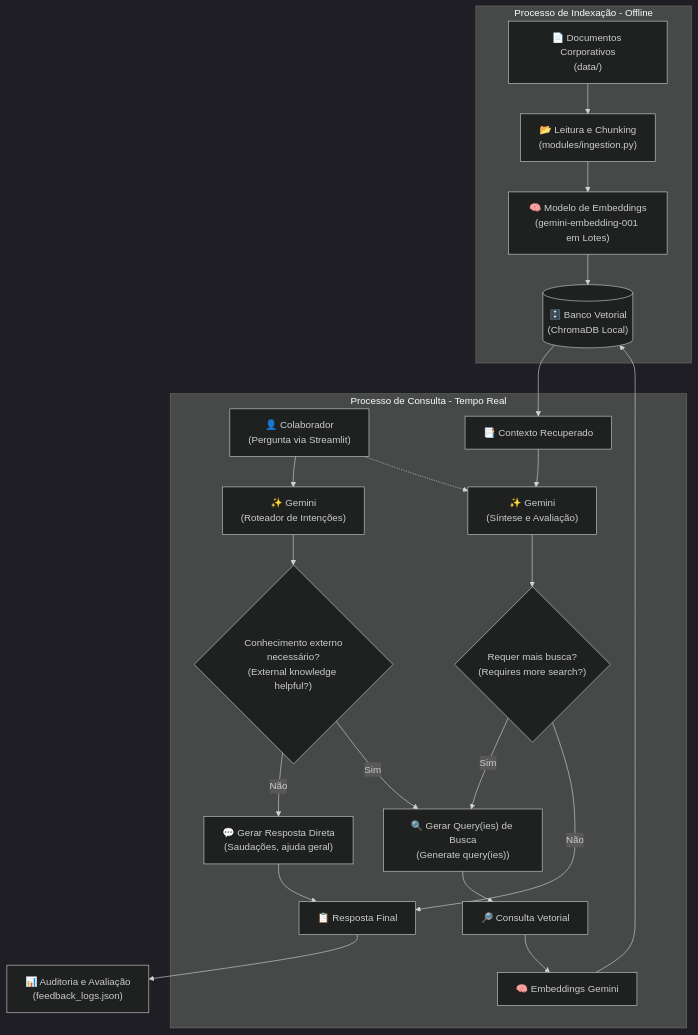
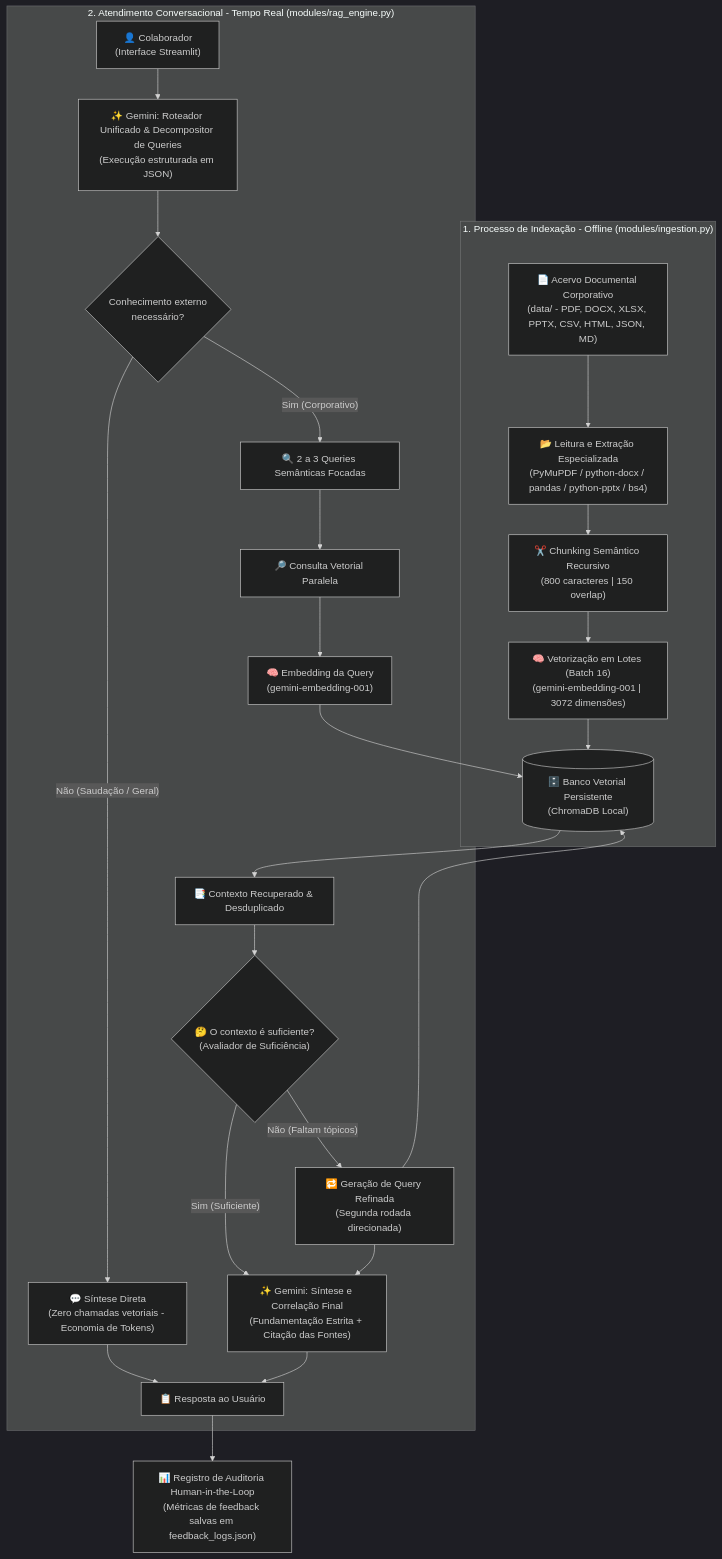
One commit to PedroZef/agent-alura changed the diagram in README.md. Above: the diagram before and after it, drawn with Mermaid (dark theme). The commit also changed other lines of this file and 11 other files, not shown here.

````diff
--- a/README.md
+++ b/README.md
@@ -15,31 +51,35 @@
 ```mermaid
 flowchart TD
-    subgraph Offline["Processo de Indexação - Offline"]
-        D["📄 Documentos Corporativos\n(data/)"] --> FS["📂 Leitura e Chunking\n(modules/ingestion.py)"]
-        FS --> EM1["🧠 Modelo de Embeddings\n(gemini-embedding-001 em Lotes)"]
-        EM1 --> DB[("🗄️ Banco Vetorial\n(ChromaDB Local)")]
+    subgraph Offline["1. Processo de Indexação - Offline (modules/ingestion.py)"]
+        D["📄 Acervo Documental Corporativo\n(data/ - PDF, DOCX, XLSX, PPTX, CSV, HTML, JSON, MD)"] --> EXT["📂 Leitura e Extração Especializada\n(PyMuPDF / python-docx / pandas / python-pptx / bs4)"]
+        EXT --> CHK["✂️ Chunking Semântico Recursivo\n(800 caracteres | 150 overlap)"]
+        CHK --> EMB1["🧠 Vetorização em Lotes (Batch 16)\n(gemini-embedding-001 | 3072 dimensões)"]
+        EMB1 --> VEC[("🗄️ Banco Vetorial Persistente\n(ChromaDB Local)")]
     end
 
-    subgraph Realtime["Processo de Consulta - Tempo Real"]
-        U["👤 Colaborador\n(Pergunta via Streamlit)"] --> G1["✨ Gemini\n(Roteador de Intenções)"]
-        G1 --> DEC1{"Conhecimento externo\nnecessário?\n(External knowledge helpful?)"}
+    subgraph Realtime["2. Atendimento Conversacional - Tempo Real (modules/rag_engine.py)"]
+        U["👤 Colaborador\n(Interface Streamlit)"] --> ROUTER["✨ Gemini: Roteador Unificado & Decompositor de Queries\n(Execução estruturada em JSON)"]
         
-        DEC1 -- "Não" --> DIR["💬 Gerar Resposta Direta\n(Saudações, ajuda geral)"]
-        DIR --> FA["📋 Resposta Final"]
-
-        DEC1 -- "Sim" --> GQ["🔍 Gerar Query(ies) de Busca\n(Generate query(ies))"]
-        GQ --> Q["🔎 Consulta Vetorial"]
-        Q --> EM2["🧠 Embeddings Gemini"]
-        EM2 --> DB
-        DB --> CTX["📑 Contexto Recuperado"]
+        ROUTER --> DEC1{"Conhecimento externo\nnecessário?"}
         
-        CTX --> G2["✨ Gemini\n(Síntese e Avaliação)"]
-        U -.-> G2
+        DEC1 -- "Não (Saudação / Geral)" --> DIR["💬 Síntese Direta\n(Zero chamadas vetoriais - Economia de Tokens)"]
+        DIR --> ANS["📋 Resposta ao Usuário"]
         
-        G2 --> DEC2{"Requer mais busca?\n(Requires more search?)"}
-        DEC2 -- "Sim" --> GQ
-        DEC2 -- "Não" --> FA
+        DEC1 -- "Sim (Corporativo)" --> MQ["🔍 2 a 3 Queries Semânticas Focadas"]
+        MQ --> Q["🔎 Consulta Vetorial Paralela"]
+        Q --> EMB2["🧠 Embedding da Query\n(gemini-embedding-001)"]
+        EMB2 --> VEC
+        VEC --> CTX["📑 Contexto Recuperado & Desduplicado"]
+        
+        CTX --> EVAL{"🤔 O contexto é suficiente?\n(Avaliador de Suficiência)"}
+        EVAL -- "Sim (Suficiente)" --> SYN["✨ Gemini: Síntese e Correlação Final\n(Fundamentação Estrita + Citação das Fontes)"]
+        
+        EVAL -- "Não (Faltam tópicos)" --> REF["🔁 Geração de Query Refinada\n(Segunda rodada direcionada)"]
+        REF --> VEC
+        REF --> SYN
+        
+        SYN --> ANS
     end
 
-    FA --> FB["📊 Auditoria e Avaliação\n(feedback_logs.json)"]
+    ANS --> AUDIT["📊 Registro de Auditoria Human-in-the-Loop\n(Métricas de feedback salvas em feedback_logs.json)"]
 ```
````
